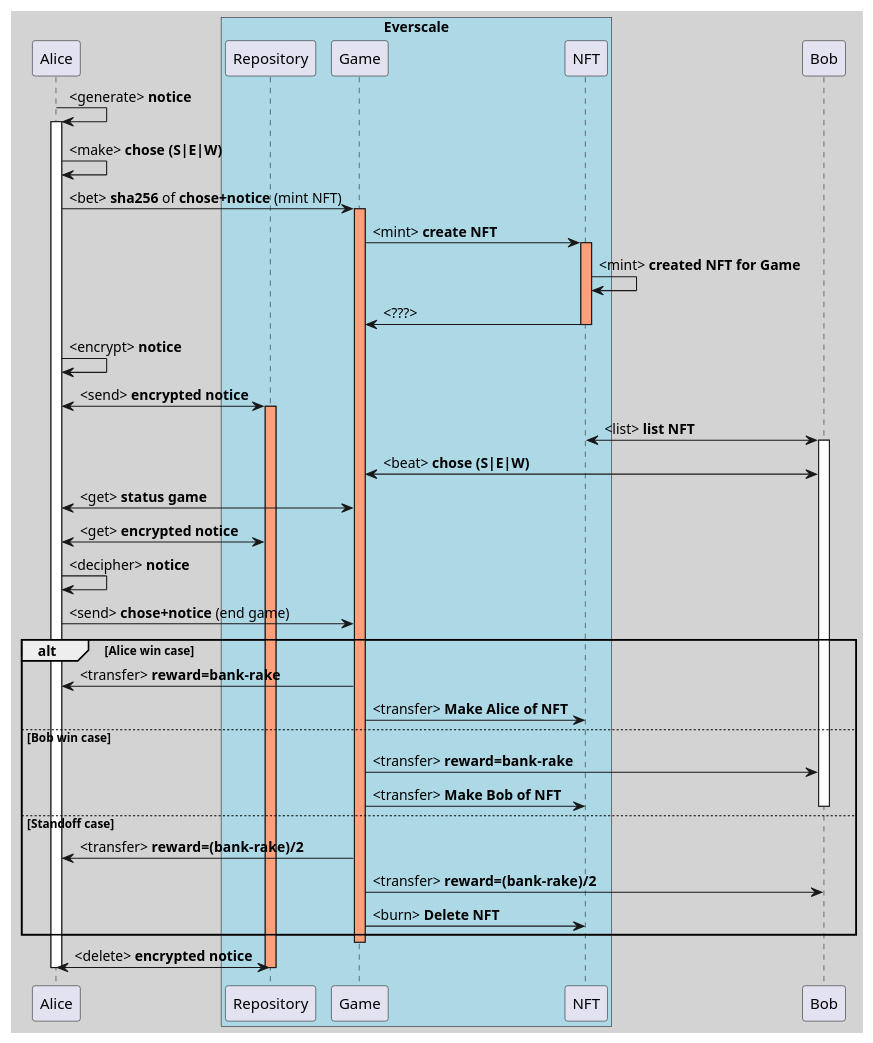
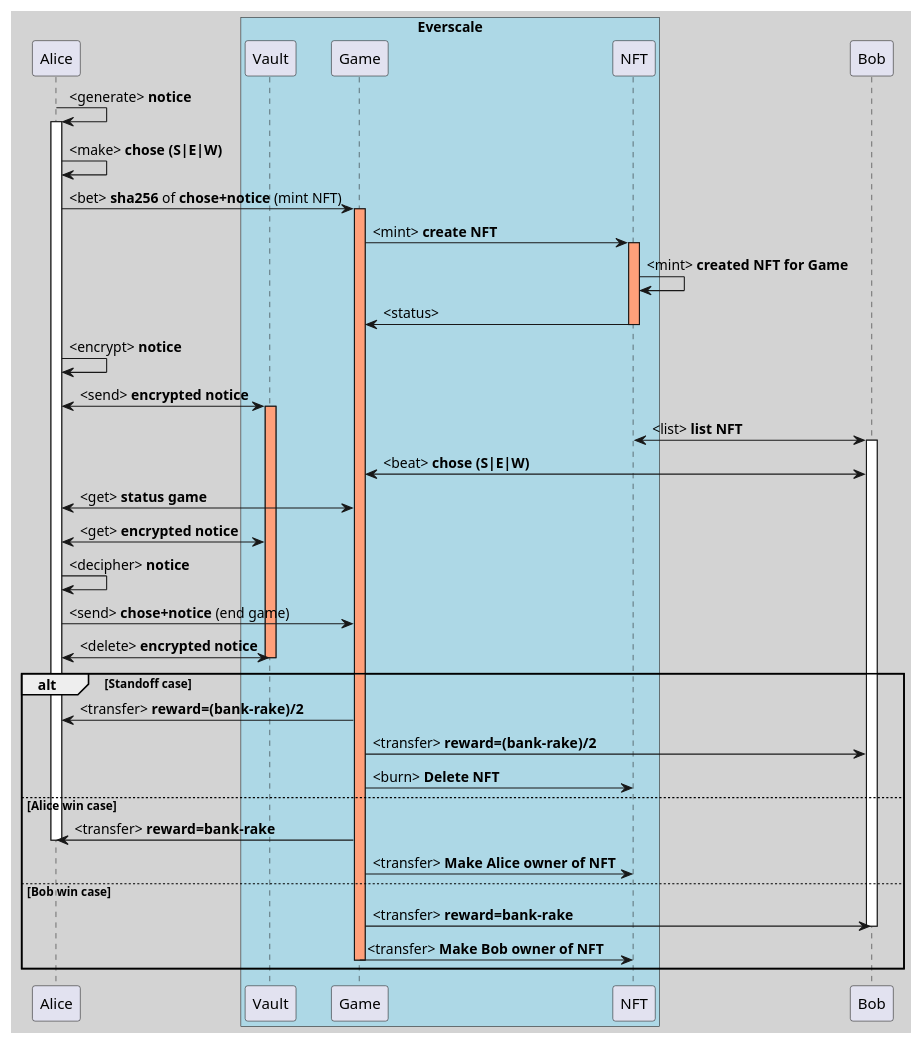
One commit to thanhlmm/Everscale-SEW changed the diagram in feature/flow.puml. Above: the diagram before and after it, drawn with PlantUML.

Commit message:
docs: update diagram flow

```diff
--- a/feature/flow.puml
+++ b/feature/flow.puml
@@ -1,55 +1,53 @@
 @startuml
 skinparam shadowing false
 skinparam backgroundColor #LightGrey
 skinparam handwritten false
 
 participant Alice
 
 box "Everscale" #LightBlue
-participant Repository
+participant Vault
 participant Game
 participant NFT
 end box
 
 participant Bob
 
 Alice -> Alice: <generate> **notice**
 activate Alice
 Alice -> Alice: <make> **chose (S|E|W)**
 Alice -> Game: <bet> **sha256** of **chose+notice** (mint NFT)
 activate Game #LightSalmon
 Game -> NFT: <mint> **create NFT**
 activate NFT #LightSalmon
 NFT -> NFT: <mint> **created NFT for Game**
-NFT -> Game: <???>
+NFT -> Game: <status>
 deactivate NFT
 Alice -> Alice: <encrypt> **notice**
-Alice <-> Repository: <send> **encrypted notice**
-activate Repository #LightSalmon
+Alice <-> Vault: <send> **encrypted notice**
+activate Vault #LightSalmon
 Bob <-> NFT: <list> **list NFT**
 activate Bob
 Bob <-> Game: <beat> **chose (S|E|W)**
 Alice <-> Game: <get> **status game**
 
-Alice <-> Repository: <get> **encrypted notice**
+Alice <-> Vault: <get> **encrypted notice**
 Alice -> Alice: <decipher> **notice**
 Alice -> Game: <send> **chose+notice** (end game)
-
-alt Alice win case
-    Game -> Alice: <transfer> **reward=bank-rake**
-    Game -> NFT: <transfer> **Make Alice of NFT**
-else Bob win case
-    Game -> Bob: <transfer> **reward=bank-rake**
-    Game -> NFT: <transfer> **Make Bob of NFT**
-    deactivate Bob
-else Standoff case
+Alice <-> Vault: <delete> **encrypted notice**
+deactivate Vault
+alt Standoff case
     Game -> Alice: <transfer> **reward=(bank-rake)/2**
     Game -> Bob: <transfer> **reward=(bank-rake)/2**
     Game -> NFT: <burn> **Delete NFT**
+else Alice win case
+    Game -> Alice: <transfer> **reward=bank-rake**
+    deactivate Alice
+    Game -> NFT: <transfer> **Make Alice owner of NFT**
+else Bob win case
+    Game -> Bob: <transfer> **reward=bank-rake**
+    deactivate Bob
+    Game -> NFT: <transfer> **Make Bob owner of NFT**
+    deactivate Game
 end
-
-deactivate Game
-Alice <-> Repository: <delete> **encrypted notice**
-deactivate Alice
-deactivate Repository
 @enduml
```
